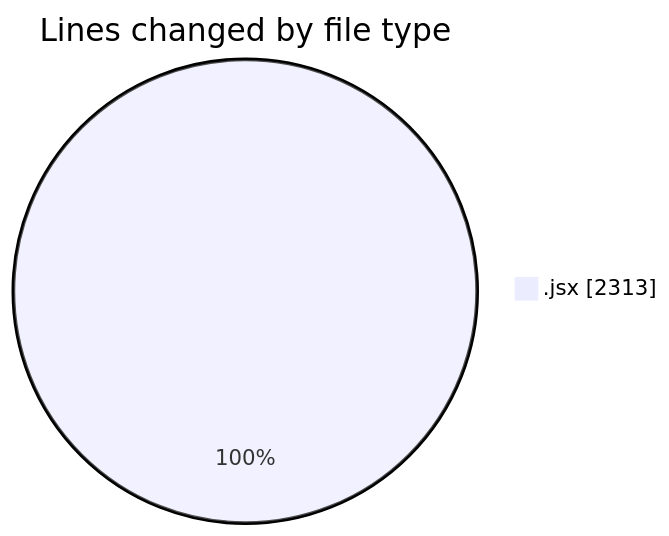
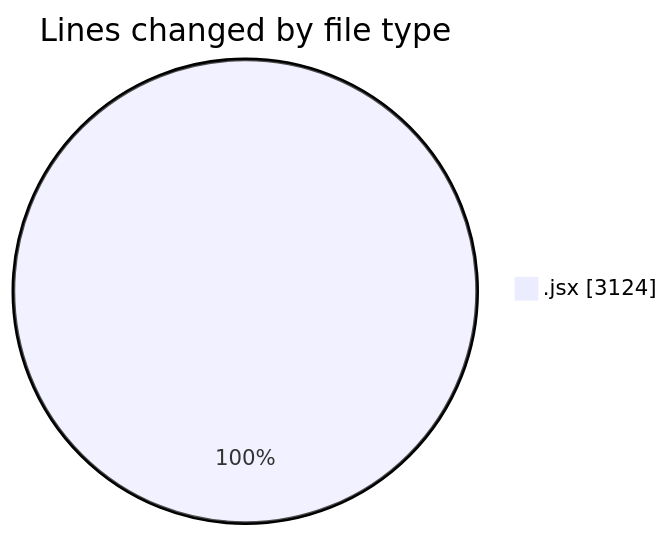
The first of 2 diagrams in 2025-10-14/nxtqube_webapp/README.md (nxtqubesakshisongat/code-tracking), drawn with Mermaid before and after one commit. The commit also changed other lines of this file and 1 other file, not shown here.

````diff
--- a/2025-10-14/nxtqube_webapp/README.md
+++ b/2025-10-14/nxtqube_webapp/README.md
@@ -21,5 +21,5 @@
 ```mermaid
 pie showData
 title Lines changed by file type
-".jsx" : 2313
+".jsx" : 3124
 ```
````
